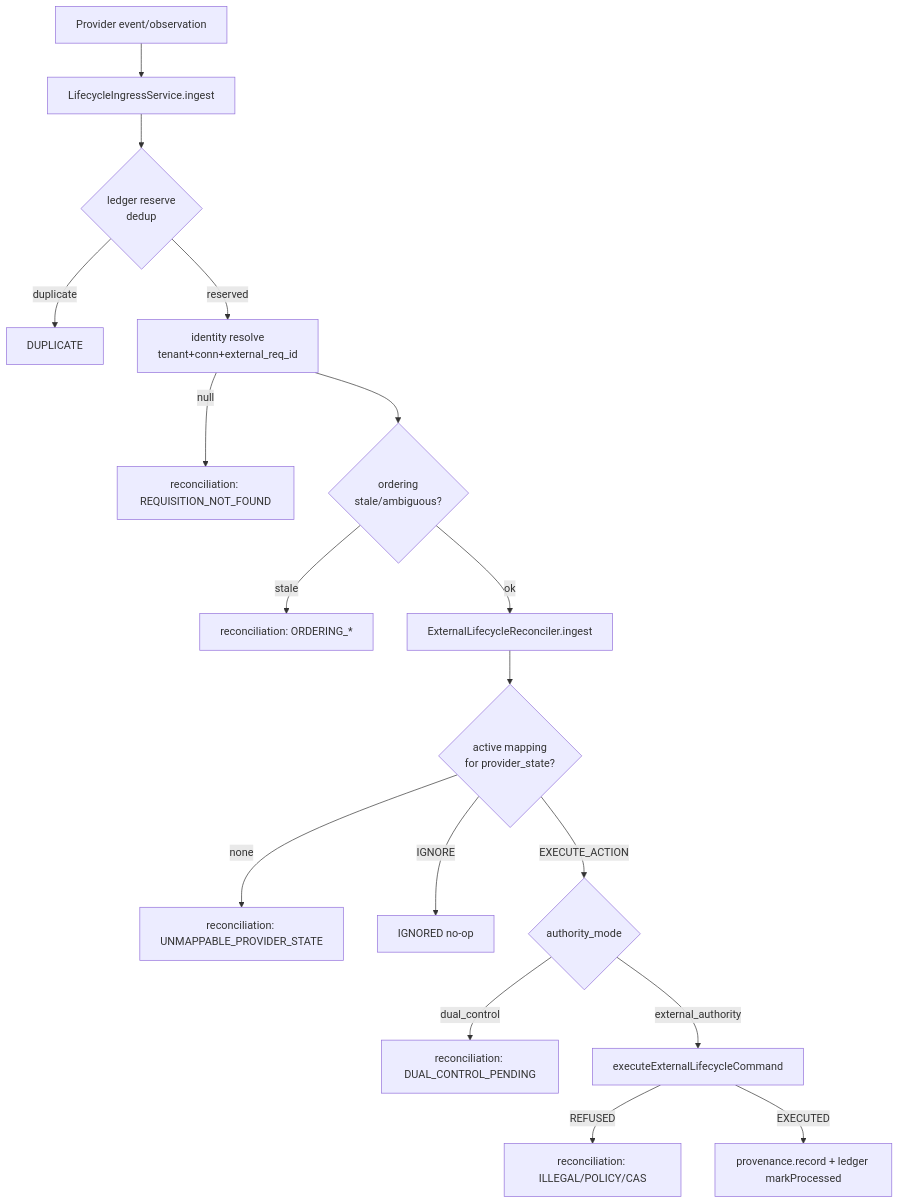
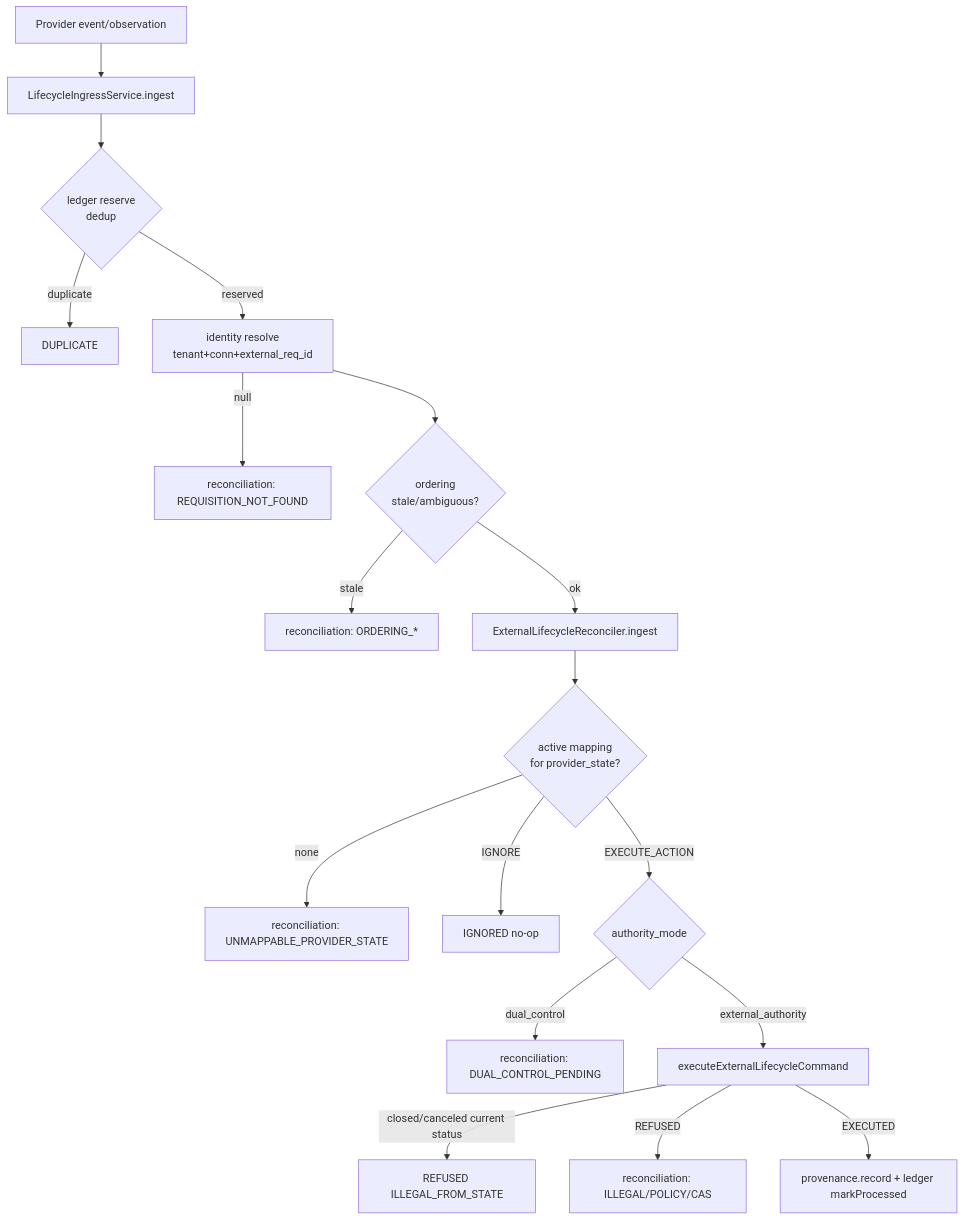
Before and after one commit to astreinc/aramo-platform: the third of 3 diagrams in doc/recon/as-built/D06-requisition-job-vms.md, drawn with Mermaid. The commit also changed other lines of this file and 59 other files, not shown here.

````diff
--- a/doc/recon/as-built/D06-requisition-job-vms.md
+++ b/doc/recon/as-built/D06-requisition-job-vms.md
@@ -253,19 +328,20 @@
 ```mermaid
 flowchart TD
     A[Provider event/observation] --> B[LifecycleIngressService.ingest]
     B --> C{ledger reserve\ndedup}
     C -->|duplicate| D[DUPLICATE]
     C -->|reserved| E[identity resolve\ntenant+conn+external_req_id]
     E -->|null| R[reconciliation: REQUISITION_NOT_FOUND]
     E --> F{ordering\nstale/ambiguous?}
     F -->|stale| R2[reconciliation: ORDERING_*]
     F -->|ok| G[ExternalLifecycleReconciler.ingest]
     G --> H{active mapping\nfor provider_state?}
     H -->|none| R3[reconciliation: UNMAPPABLE_PROVIDER_STATE]
     H -->|IGNORE| I[IGNORED no-op]
     H -->|EXECUTE_ACTION| J{authority_mode}
     J -->|dual_control| R4[reconciliation: DUAL_CONTROL_PENDING]
     J -->|external_authority| K[executeExternalLifecycleCommand]
+    K -->|closed/canceled current status| R6[REFUSED ILLEGAL_FROM_STATE]
     K -->|REFUSED| R5[reconciliation: ILLEGAL/POLICY/CAS]
     K -->|EXECUTED| L[provenance.record + ledger markProcessed]
 ```
````
